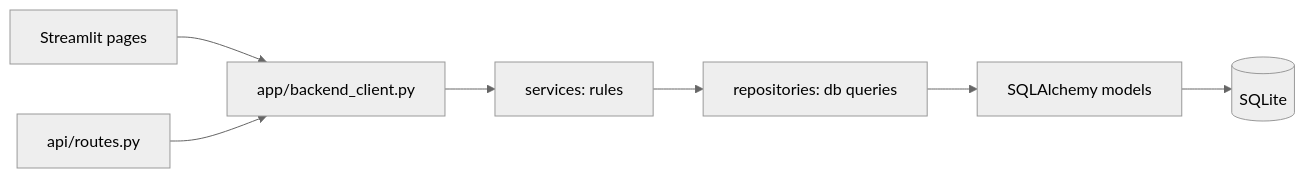
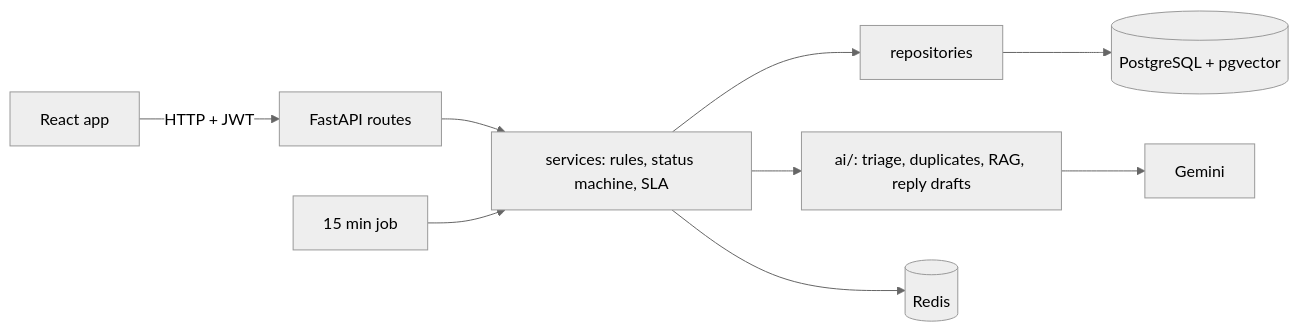
The diagram in README.md (saxenamayank-20/EchoCampus), drawn with Mermaid (neutral theme) before and after one commit. The commit also changed other lines of this file and 3 other files, not shown here.

Commit message:
rewrite readme for the current app, add api list and screenshots

````diff
--- a/README.md
+++ b/README.md
@@ -36,9 +45,11 @@
 ```mermaid
 flowchart LR
-    UI[Streamlit pages] --> BC[app/backend_client.py]
-    API[api/routes.py] --> BC
-    BC --> S[services: rules]
-    S --> R[repositories: db queries]
-    R --> M[SQLAlchemy models]
-    M --> DB[(SQLite)]
+    UI[React app] -->|HTTP + JWT| API[FastAPI routes]
+    API --> S[services: rules, status machine, SLA]
+    S --> R[repositories]
+    R --> DB[(PostgreSQL + pgvector)]
+    S --> AI[ai/: triage, duplicates, RAG, reply drafts]
+    AI --> G[Gemini]
+    S --> C[(Redis)]
+    J[15 min job] --> S
 ```
````
